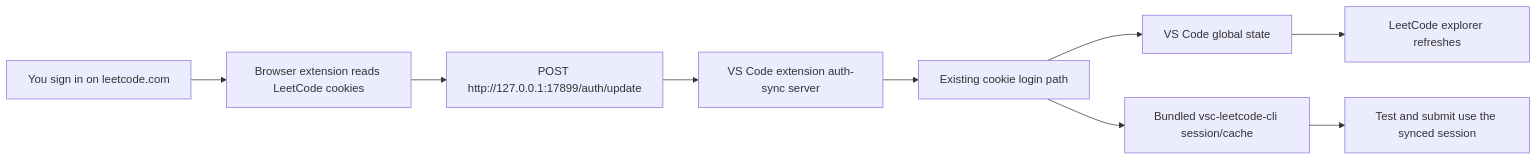
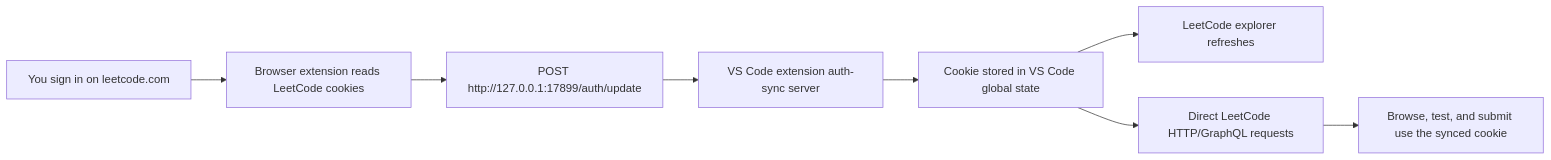
Before and after one commit to wilmtang/vscode-leetcode: the diagram in README.md, drawn with Mermaid. The commit also changed other lines of this file and 3 other files, not shown here.

````diff
--- a/README.md
+++ b/README.md
@@ -98,11 +98,10 @@
 ```mermaid
 flowchart LR
     A["You sign in on leetcode.com"] --> B["Browser extension reads LeetCode cookies"]
     B --> C["POST http://127.0.0.1:17899/auth/update"]
     C --> D["VS Code extension auth-sync server"]
-    D --> E["Existing cookie login path"]
-    E --> F["VS Code global state"]
-    E --> G["Bundled vsc-leetcode-cli session/cache"]
-    F --> H["LeetCode explorer refreshes"]
-    G --> I["Test and submit use the synced session"]
+    D --> E["Cookie stored in VS Code global state"]
+    E --> F["LeetCode explorer refreshes"]
+    E --> G["Direct LeetCode HTTP/GraphQL requests"]
+    G --> H["Browse, test, and submit use the synced cookie"]
 ```
````
